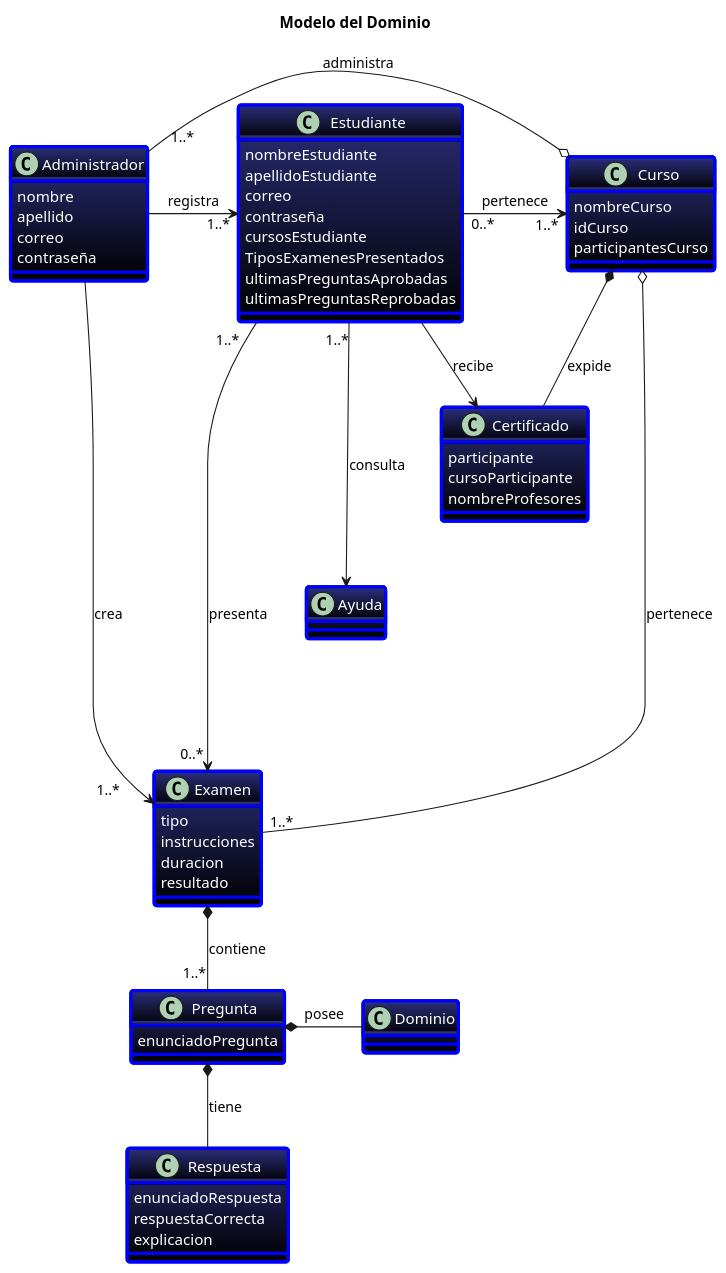
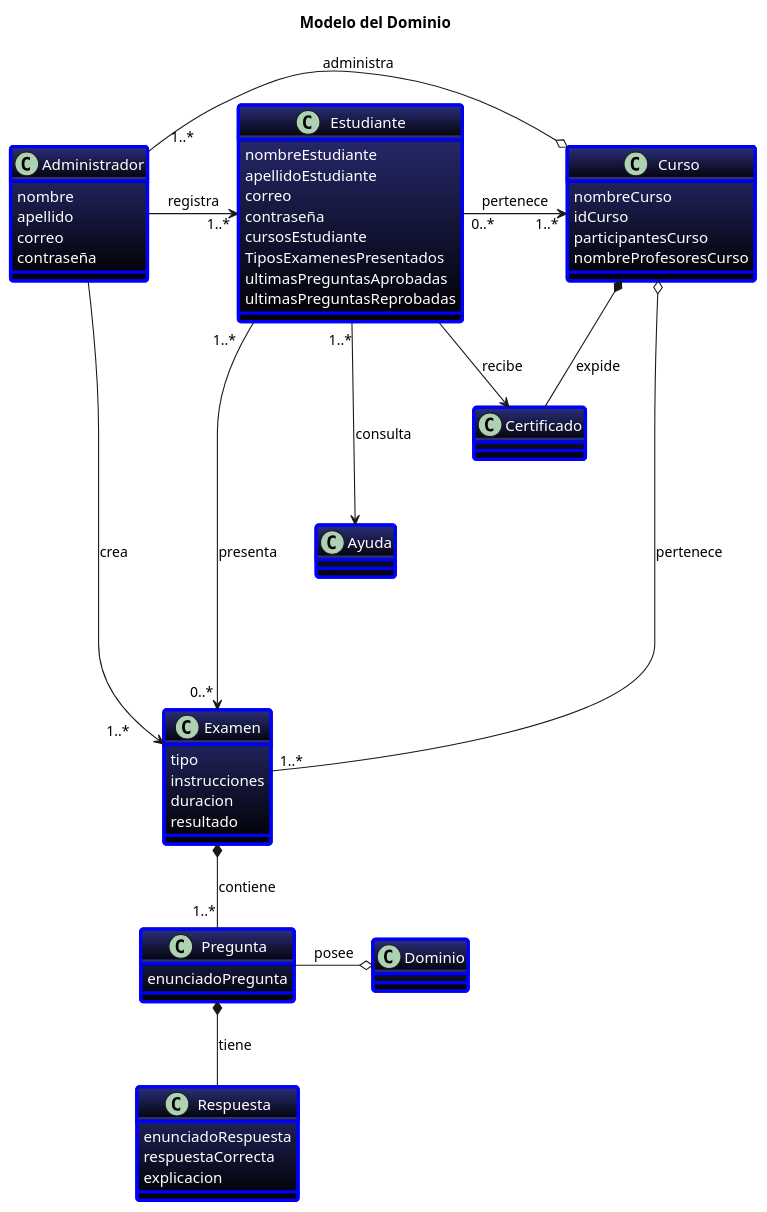
The diagram in docs/scenariosView/diagramaClasesDominio.plantuml (febres35/EdTech_IS), drawn with PlantUML before and after one commit. The commit also changed 1 other file, not shown here.

Commit message:
Cambios sugeridos Modelo del Dominio

```diff
--- a/docs/scenariosView/diagramaClasesDominio.plantuml
+++ b/docs/scenariosView/diagramaClasesDominio.plantuml
@@ -1,74 +1,72 @@
 @startuml "Diagrama de clases"
 
 title "Modelo del Dominio"
 
 skinparam Class{
   BackgroundColor 2B2F7B-black
   AttributeFontColor white
   BorderThickness 3
   BorderColor blue
 }
 class Administrador{
   nombre
   apellido
   correo
   contraseña
 }
 class Estudiante{
   nombreEstudiante
   apellidoEstudiante
   correo
   contraseña
   cursosEstudiante
   TiposExamenesPresentados
   ultimasPreguntasAprobadas
   ultimasPreguntasReprobadas
 }
 
 class Ayuda
 
 class Curso{
   nombreCurso
   idCurso
   participantesCurso
+  nombreProfesoresCurso
 }
 class Examen{
   tipo
   instrucciones
   duracion
   resultado
 }
 class Pregunta{
   enunciadoPregunta
 }
 
 class Dominio
 
 class Respuesta{
   enunciadoRespuesta
   respuestaCorrecta
   explicacion
 }
 class Certificado{
-  participante
-  cursoParticipante
-  nombreProfesores
 }
 
 Administrador -right-> "1..*       "Examen: crea
 Administrador -right-> "     1..*"Estudiante: registra
 Administrador "    1..*"-right-o Curso: administra
 
 Estudiante "0..*"-right->"    1..*"Curso: pertenece
 Estudiante "1..*   "-right-> "0..* "Examen: presenta
 Estudiante --> Certificado: recibe
 Estudiante "1..*"---> Ayuda: consulta
 
 Examen *-down- "1..*"Pregunta: contiene
 Pregunta *-down- Respuesta: tiene
-Pregunta *-right- Dominio: posee
+Pregunta -right-o Dominio: posee
 
 Curso o----- "1..*"Examen: pertenece
 Curso *- Certificado: expide
 
 @enduml
```
